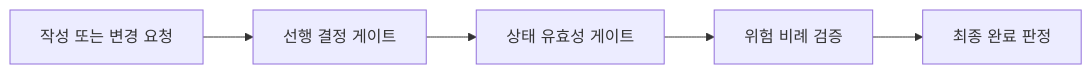
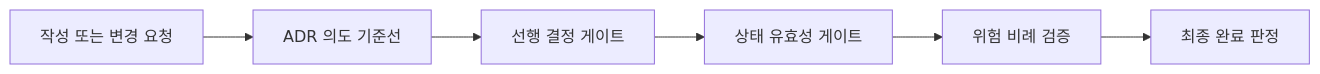
The diagram in docs/adr/delivery/development-flow/0001-safe-proportional-development-gates.md (haandol/alps-writer-mcp), drawn with Mermaid before and after one commit. The commit also changed other lines of this file and 38 other files, not shown here.

````diff
--- a/docs/adr/delivery/development-flow/0001-safe-proportional-development-gates.md
+++ b/docs/adr/delivery/development-flow/0001-safe-proportional-development-gates.md
@@ -27,10 +29,11 @@
 ```mermaid
 flowchart LR
     Input[작성 또는 변경 요청]
+    Intent[ADR 의도 기준선]
     Prerequisite[선행 결정 게이트]
     Valid[상태 유효성 게이트]
     Verify[위험 비례 검증]
     Complete[최종 완료 판정]
 
-    Input --> Prerequisite --> Valid --> Verify --> Complete
+    Input --> Intent --> Prerequisite --> Valid --> Verify --> Complete
 ```
````
